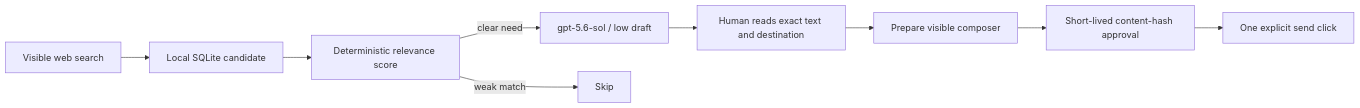
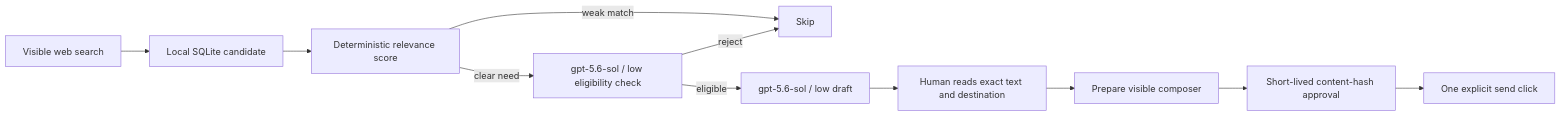
Before and after one commit to lachlanchen/LazyPromotion: the diagram in README.md, drawn with Mermaid. The commit also changed other lines of this file and 14 other files, not shown here.

````diff
--- a/README.md
+++ b/README.md
@@ -28,11 +28,13 @@
 ```mermaid
 flowchart LR
     A[Visible web search] --> B[Local SQLite candidate]
     B --> C[Deterministic relevance score]
-    C -->|clear need| D[gpt-5.6-sol / low draft]
+    C -->|clear need| T[gpt-5.6-sol / low eligibility check]
     C -->|weak match| X[Skip]
+    T -->|eligible| D[gpt-5.6-sol / low draft]
+    T -->|reject| X
     D --> E[Human reads exact text and destination]
     E --> F[Prepare visible composer]
     F --> G[Short-lived content-hash approval]
     G --> H[One explicit send click]
 ```
````
